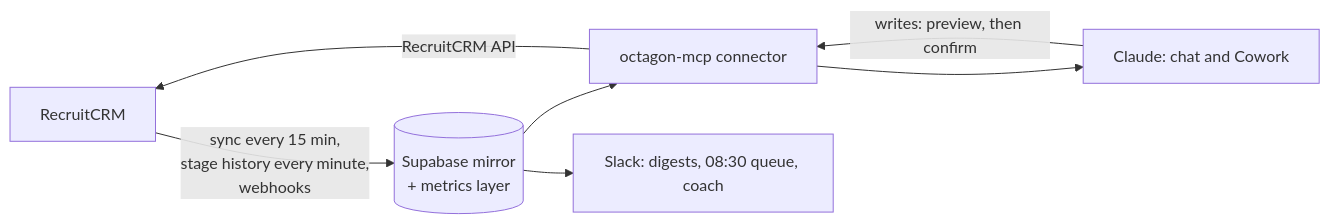
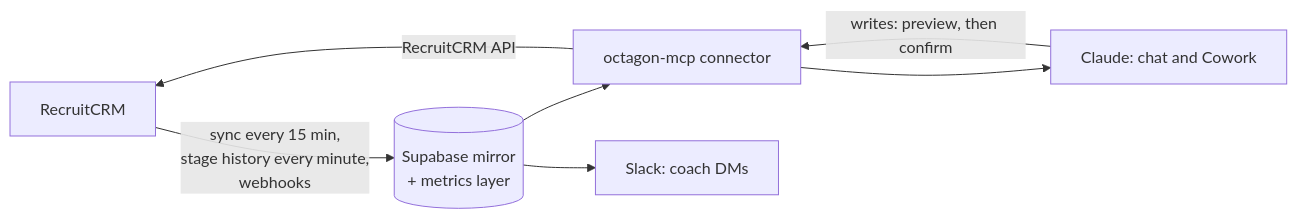
Before and after one commit to ollielarkins/octagonanalytics-reverse: the diagram in docs/wiki/Home.md, drawn with Mermaid. The commit also changed other lines of this file and 18 other files, not shown here.

````diff
--- a/docs/wiki/Home.md
+++ b/docs/wiki/Home.md
@@ -13,9 +13,9 @@
 ```mermaid
 flowchart LR
   RC[RecruitCRM] -- "sync every 15 min,<br/>stage history every minute,<br/>webhooks" --> DB[(Supabase mirror<br/>+ metrics layer)]
   DB --> MCP[octagon-mcp connector]
   MCP --> CL[Claude: chat and Cowork]
-  DB --> SL[Slack: digests, 08:30 queue, coach]
+  DB --> SL[Slack: coach DMs]
   CL -- "writes: preview, then confirm" --> MCP
   MCP -- "RecruitCRM API" --> RC
 ```
````
